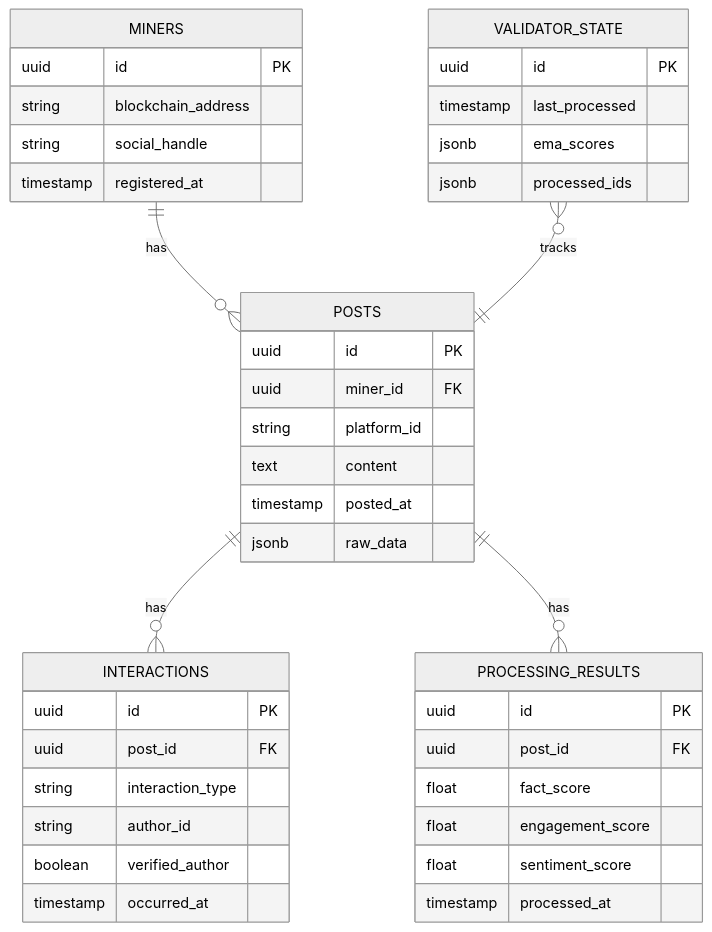
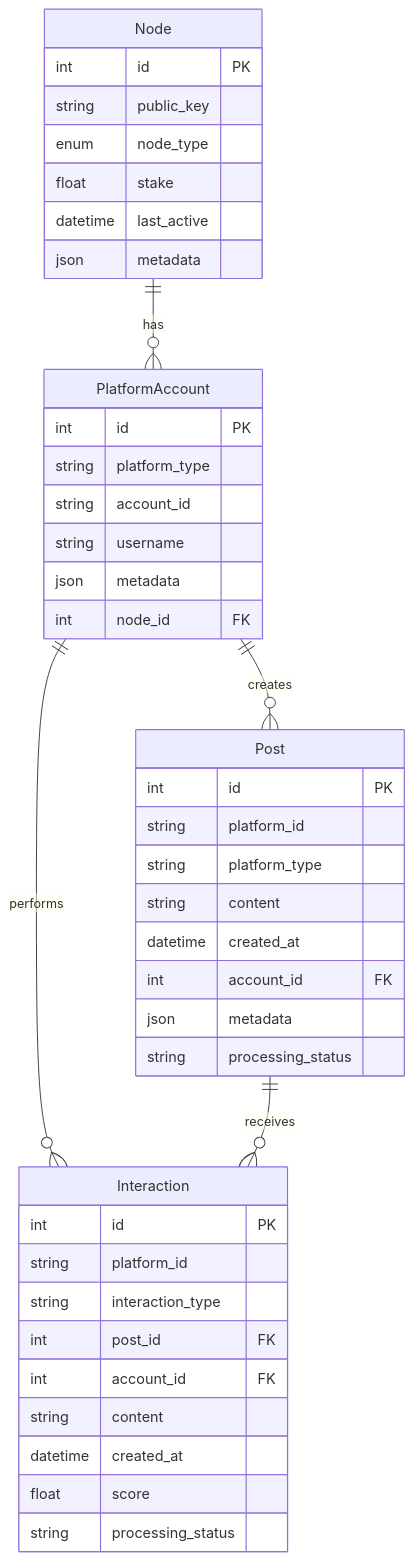
One commit to NuanceNetwork/Nuance changed the diagram in docs/dev/db_schema.md. Above: the diagram before and after it, drawn with Mermaid. The commit also changed 31 other files, not shown here.

````diff
--- a/docs/dev/db_schema.md
+++ b/docs/dev/db_schema.md
@@ -1,49 +1,48 @@
 ```mermaid
-%%{init: {'theme': 'neutral'}}%%
 erDiagram
-    MINERS {
-        uuid id PK
-        string blockchain_address
-        string social_handle
-        timestamp registered_at
+    Node ||--o{ PlatformAccount : "has"
+    PlatformAccount ||--o{ Post : "creates"
+    PlatformAccount ||--o{ Interaction : "performs"
+    Post ||--o{ Interaction : "receives"
+    
+    Node {
+        int id PK
+        string public_key
+        enum node_type
+        float stake
+        datetime last_active
+        json metadata
     }
     
-    POSTS {
-        uuid id PK
-        uuid miner_id FK
+    PlatformAccount {
+        int id PK
+        string platform_type
+        string account_id
+        string username
+        json metadata
+        int node_id FK
+    }
+    
+    Post {
+        int id PK
         string platform_id
-        text content
-        timestamp posted_at
-        jsonb raw_data
+        string platform_type
+        string content
+        datetime created_at
+        int account_id FK
+        json metadata
+        string processing_status
     }
-
-    INTERACTIONS {
-        uuid id PK
-        uuid post_id FK
+    
+    Interaction {
+        int id PK
+        string platform_id
         string interaction_type
-        string author_id
-        boolean verified_author
-        timestamp occurred_at
+        int post_id FK
+        int account_id FK
+        string content
+        datetime created_at
+        float score
+        string processing_status
     }
-
-    PROCESSING_RESULTS {
-        uuid id PK
-        uuid post_id FK
-        float fact_score
-        float engagement_score
-        float sentiment_score
-        timestamp processed_at
-    }
-
-    VALIDATOR_STATE {
-        uuid id PK
-        timestamp last_processed
-        jsonb ema_scores
-        jsonb processed_ids
-    }
-
-    MINERS ||--o{ POSTS : "has"
-    POSTS ||--o{ INTERACTIONS : "has"
-    POSTS ||--o{ PROCESSING_RESULTS : "has"
-    VALIDATOR_STATE }o--|| POSTS : "tracks"
 ```
````
